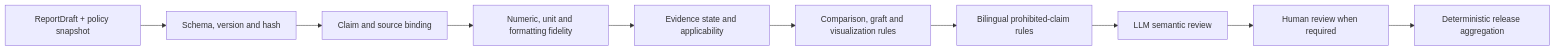
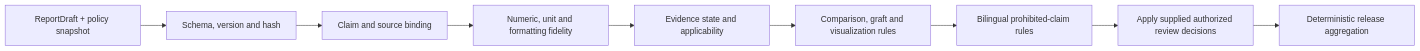
Before and after one commit to starvingarc/BRIDGE: the diagram in docs/bridge_spec_v0.1/claim_verifier_task_card.md, drawn with Mermaid. The commit also changed other lines of this file and 22 other files, not shown here.

````diff
--- a/docs/bridge_spec_v0.1/claim_verifier_task_card.md
+++ b/docs/bridge_spec_v0.1/claim_verifier_task_card.md
@@ -143,12 +150,11 @@
 ```mermaid
 flowchart LR
     A["ReportDraft + policy snapshot"] --> B["Schema, version and hash"]
     B --> C["Claim and source binding"]
     C --> D["Numeric, unit and formatting fidelity"]
     D --> E["Evidence state and applicability"]
     E --> F["Comparison, graft and visualization rules"]
     F --> G["Bilingual prohibited-claim rules"]
-    G --> H["LLM semantic review"]
-    H --> I["Human review when required"]
-    I --> J["Deterministic release aggregation"]
+    G --> H["Apply supplied authorized review decisions"]
+    H --> I["Deterministic release aggregation"]
 ```
````
